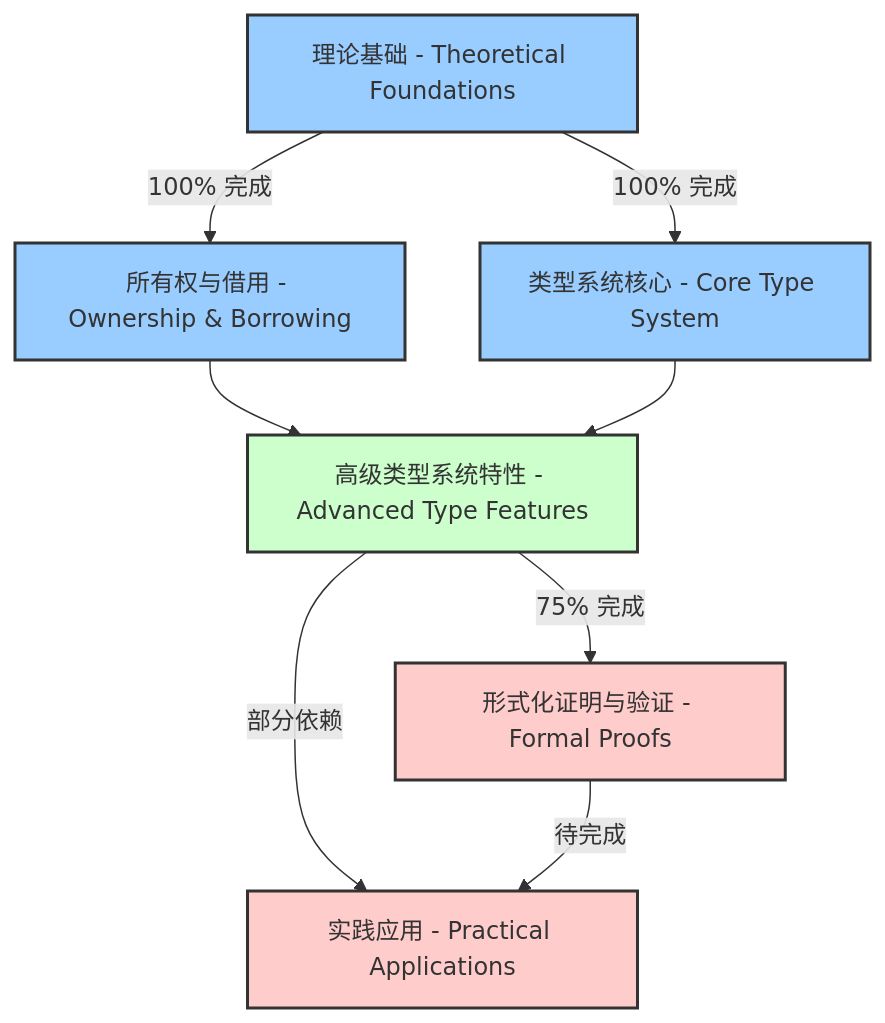
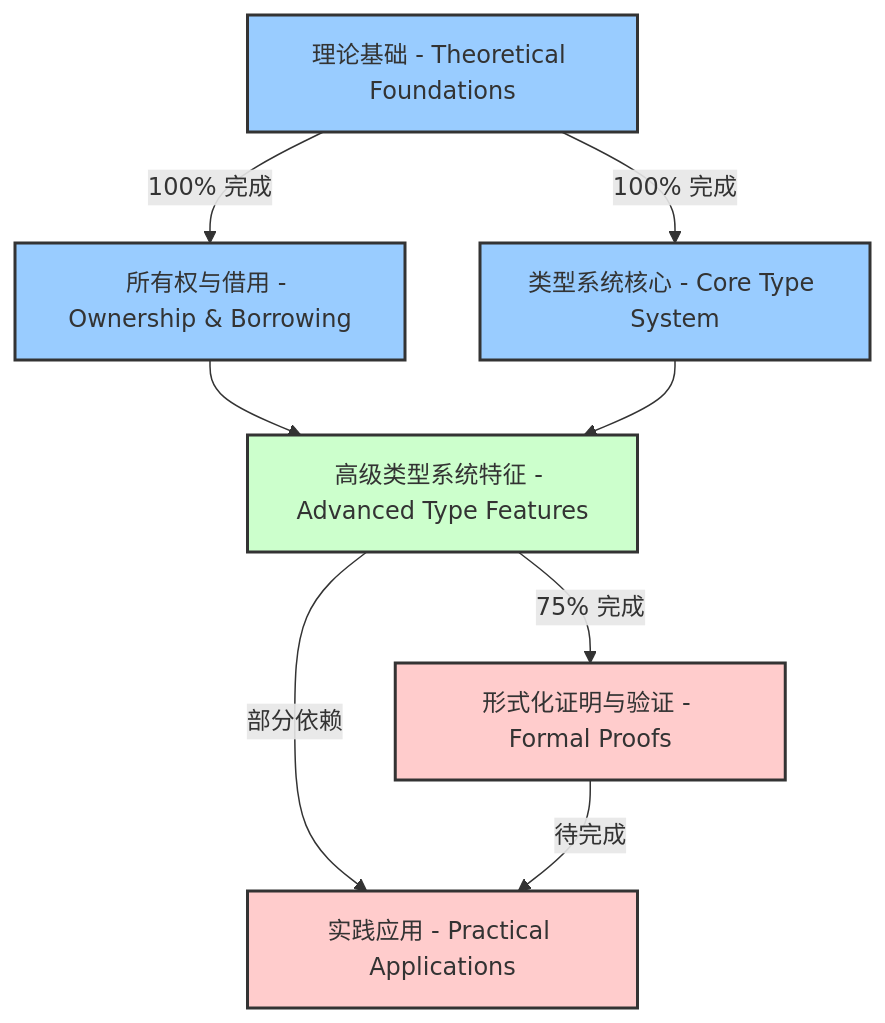
Before and after one commit to martin-ly/rust-lang: the first of 3 diagrams in formal_rust/EXECUTION_STATUS_V57.md, drawn with Mermaid. The commit also changed other lines of this file and 5740 other files, not shown here.

````diff
--- a/formal_rust/EXECUTION_STATUS_V57.md
+++ b/formal_rust/EXECUTION_STATUS_V57.md
@@ -24,17 +24,17 @@
 ```mermaid
 graph TD
     A[理论基础 - Theoretical Foundations] -->|100% 完成| B[所有权与借用 - Ownership & Borrowing]
     A -->|100% 完成| C[类型系统核心 - Core Type System]
-    B --> D[高级类型系统特性 - Advanced Type Features]
+    B --> D[高级类型系统特征 - Advanced Type Features]
     C --> D
     D -->|75% 完成| E[形式化证明与验证 - Formal Proofs]
     D -->|部分依赖| F[实践应用 - Practical Applications]
     E -->|待完成| F
     
     style A fill:#9cf,stroke:#333,stroke-width:2px
     style B fill:#9cf,stroke:#333,stroke-width:2px
     style C fill:#9cf,stroke:#333,stroke-width:2px
     style D fill:#cfc,stroke:#333,stroke-width:2px
     style E fill:#fcc,stroke:#333,stroke-width:2px
     style F fill:#fcc,stroke:#333,stroke-width:2px
 ```
````
